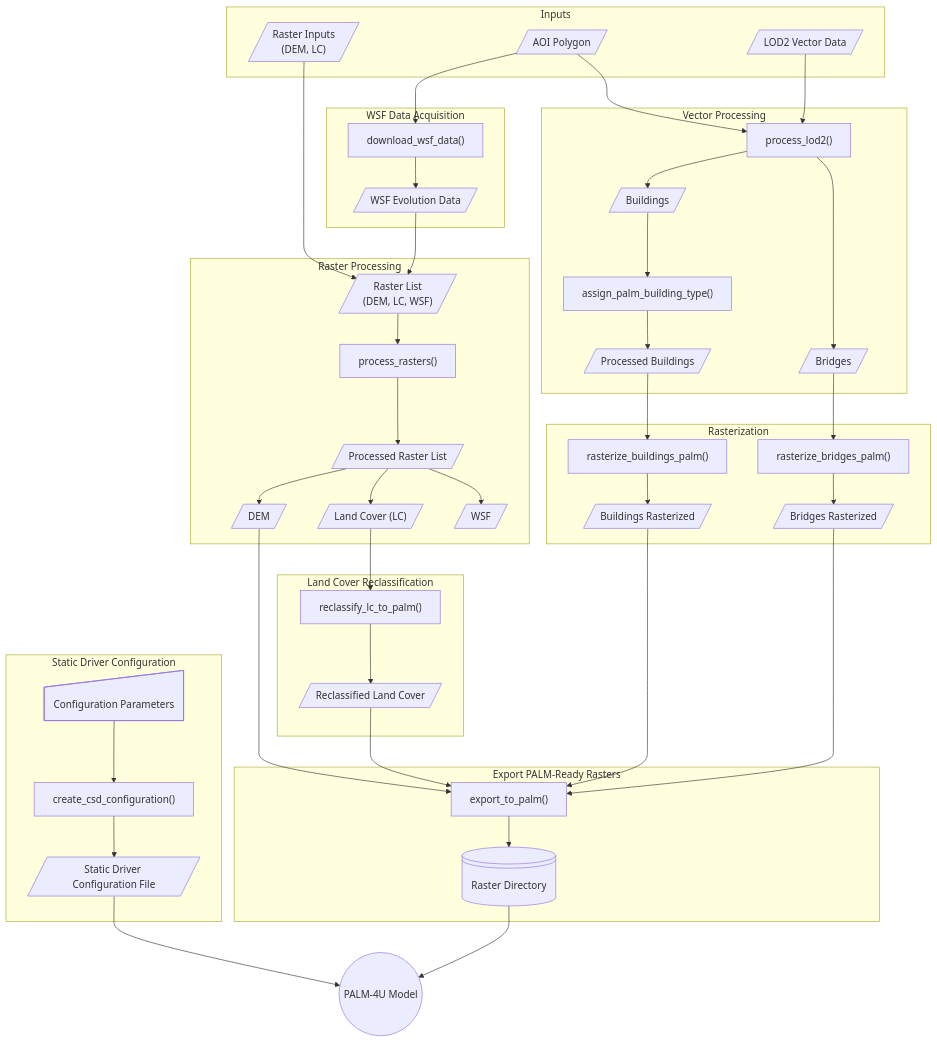
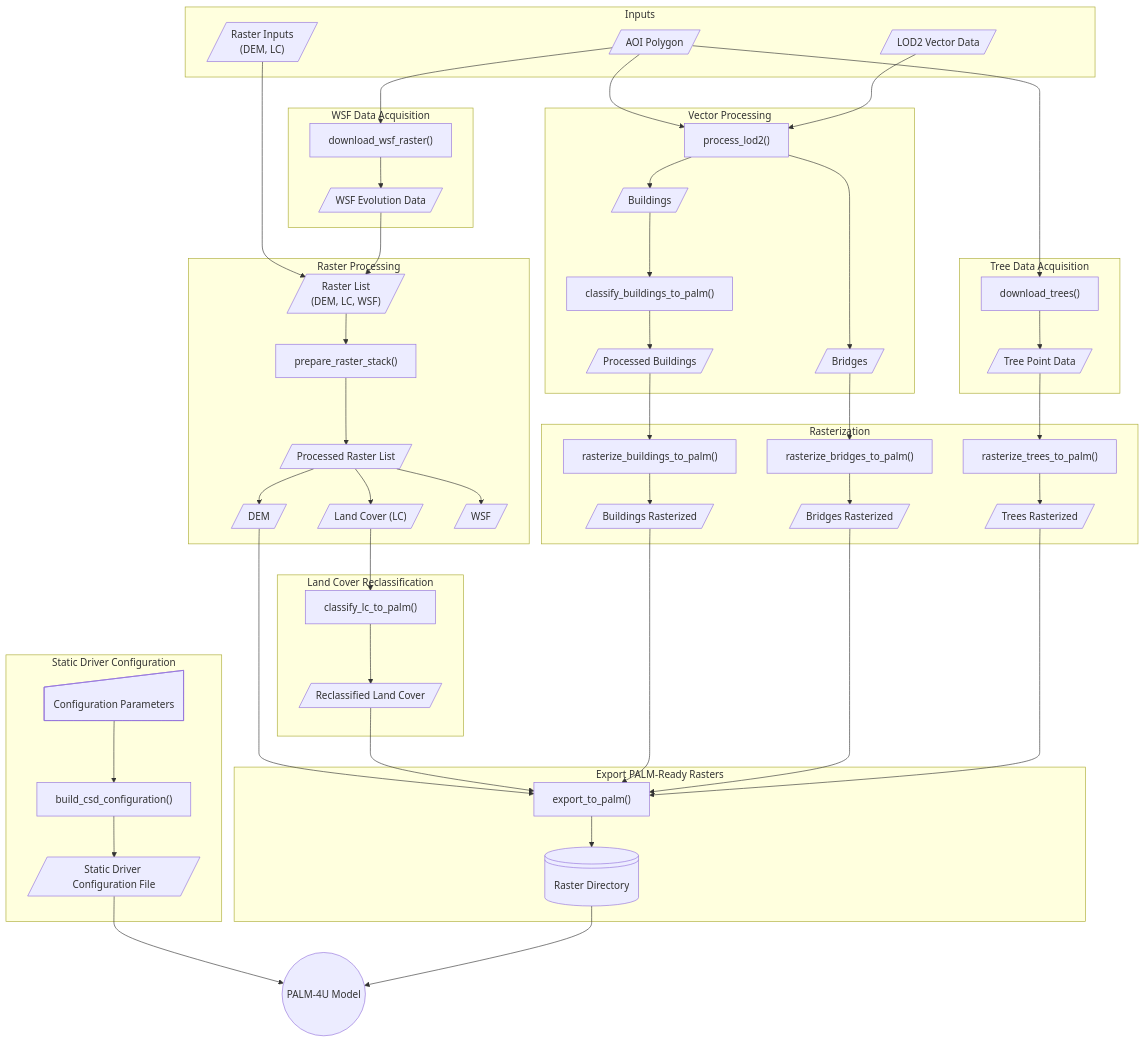
The diagram in README.md (davidvoellner/PALMPrepR), drawn with Mermaid before and after one commit. The commit also changed other lines of this file, not shown here.

Commit message:
updated flowchart

```diff
--- a/README.md
+++ b/README.md
@@ -303,9 +320,19 @@
     %% WSF Acquisition
     %% =====================================================
     subgraph WSF_ACQ["WSF Data Acquisition"]
-        DL_WSF@{shape: rect, label: "download_wsf_data()"}
+        DL_WSF@{shape: rect, label: "download_wsf_raster()"}
         WSF_RAW@{shape: lean-r, label: "WSF Evolution Data"}
         AOI --> DL_WSF --> WSF_RAW
+    end
+
+    %% =====================================================
+    %% Tree Acquisition
+    %% =====================================================
+    subgraph TREE_ACQ["Tree Data Acquisition"]
+        DL_TREE@{shape: rect, label: "download_trees()"}
+        TREE_RAW@{shape: lean-r, label: "Tree Point Data"}
+
+        AOI --> DL_TREE --> TREE_RAW
     end
 
     %% =====================================================
@@ -313,12 +340,12 @@
     %% =====================================================
     subgraph RASTER_PROC["Raster Processing"]
         RASTER_LIST@{shape: lean-r, label: "Raster List<br/>(DEM, LC, WSF)"}
-        PROCESS_RASTERS@{shape: rect, label: "process_rasters()"}
+        PROCESS_RASTER@{shape: rect, label: "prepare_raster_stack()"}
         RASTER_PROCESSED@{shape: lean-r, label: "Processed Raster List"}
 
         RASTER_SRC --> RASTER_LIST
         WSF_RAW --> RASTER_LIST
-        RASTER_LIST --> PROCESS_RASTERS --> RASTER_PROCESSED
+        RASTER_LIST --> PROCESS_RASTER --> RASTER_PROCESSED
 
         DEM@{shape: lean-r, label: "DEM"}
         LC@{shape: lean-r, label: "Land Cover (LC)"}
@@ -333,7 +360,7 @@
     %% Land Cover Reclassification
     %% =====================================================
     subgraph LC_RECLASSIFY["Land Cover Reclassification"]
-        RECLASS_LC@{shape: rect, label: "reclassify_lc_to_palm()"}
+        RECLASS_LC@{shape: rect, label: "classify_lc_to_palm()"}
         LC_RECLASS@{shape: lean-r, label: "Reclassified Land Cover"}
         LC --> RECLASS_LC --> LC_RECLASS
     end
@@ -351,7 +378,7 @@
         VECTOR_PROC_FN --> BUILDINGS
         VECTOR_PROC_FN --> BRIDGES
 
-        BUILD_TYPE@{shape: rect, label: "assign_palm_building_type()"}
+        BUILD_TYPE@{shape: rect, label: "classify_buildings_to_palm()"}
         BUILDINGS_PROC@{shape: lean-r, label: "Processed Buildings"}
 
         BUILDINGS --> BUILD_TYPE --> BUILDINGS_PROC
@@ -361,14 +388,17 @@
     %% Rasterization
     %% =====================================================
     subgraph RASTERIZE["Rasterization"]
-        BUILD_RAST@{shape: rect, label: "rasterize_buildings_palm()"}
-        BRIDGE_RAST@{shape: rect, label: "rasterize_bridges_palm()"}
+        BUILD_RAST@{shape: rect, label: "rasterize_buildings_to_palm()"}
+        BRIDGE_RAST@{shape: rect, label: "rasterize_bridges_to_palm()"}
+        TREE_RAST@{shape: rect, label: "rasterize_trees_to_palm()"}
 
         BUILD_RASTD@{shape: lean-r, label: "Buildings Rasterized"}
         BRIDGES_RASTD@{shape: lean-r, label: "Bridges Rasterized"}
+        TREES_RASTD@{shape: lean-r, label: "Trees Rasterized"}
 
-        BUILDINGS_PROC --> BUILD_RAST --> BUILD_RASTD
-        BRIDGES --> BRIDGE_RAST --> BRIDGES_RASTD
+        BUILDINGS_PROC  --> BUILD_RAST  --> BUILD_RASTD
+        BRIDGES         --> BRIDGE_RAST --> BRIDGES_RASTD
+        TREE_RAW        --> TREE_RAST   --> TREES_RASTD
     end
 
     %% =====================================================
@@ -382,6 +412,7 @@
         LC_RECLASS --> EXPORT
         BUILD_RASTD --> EXPORT
         BRIDGES_RASTD --> EXPORT
+        TREES_RASTD --> EXPORT
 
         EXPORT --> RAST_DIR
     end
@@ -391,7 +422,7 @@
     %% =====================================================
     subgraph CONFIG["Static Driver Configuration"]
         CONFIG_INFO@{shape: sl-rect, label: "Configuration Parameters"}
-        CSD_CONFIG@{shape: rect, label: "create_csd_configuration()"}
+        CSD_CONFIG@{shape: rect, label: "build_csd_configuration()"}
         YML_FILE@{shape: lean-r, label: "Static Driver Configuration File"}
 
         CONFIG_INFO --> CSD_CONFIG --> YML_FILE
```
